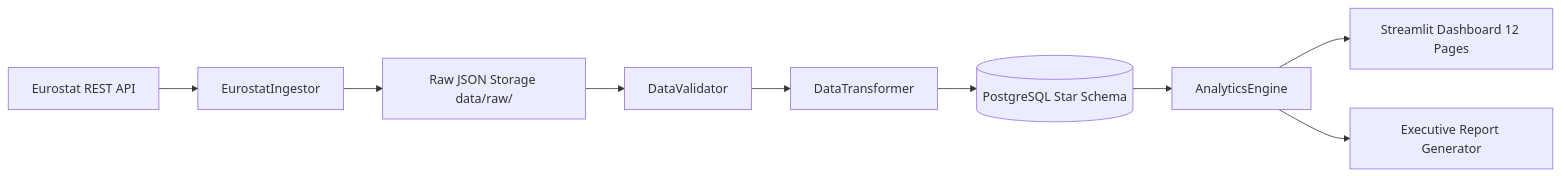
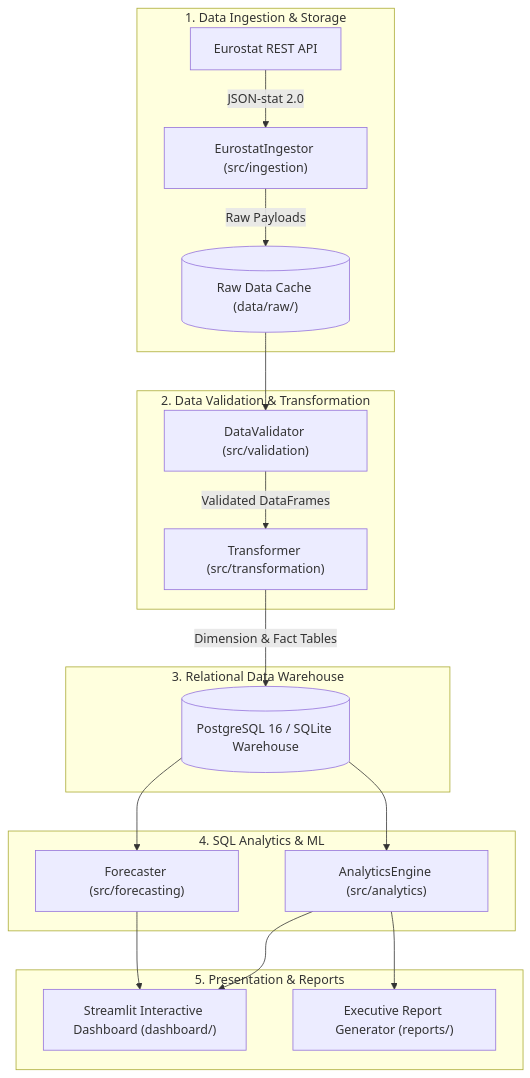
The first of 2 diagrams in README.md (tsakirisand/European-Energy-Analytics), drawn with Mermaid before and after one commit. The commit also changed other lines of this file, not shown here.

````diff
--- a/README.md
+++ b/README.md
@@ -49,11 +34,27 @@
 ```mermaid
-flowchart LR
-    A[Eurostat REST API] --> B[EurostatIngestor]
-    B --> C[Raw JSON Storage data/raw/]
-    C --> D[DataValidator]
-    D --> E[DataTransformer]
-    E --> F[(PostgreSQL Star Schema)]
-    F --> G[AnalyticsEngine]
-    G --> H[Streamlit Dashboard 12 Pages]
-    G --> I[Executive Report Generator]
+flowchart TD
+    subgraph Data_Ingestion ["1. Data Ingestion & Storage"]
+        A["Eurostat REST API"] -->|JSON-stat 2.0| B["EurostatIngestor (src/ingestion)"]
+        B -->|Raw Payloads| C[("Raw Data Cache (data/raw/)")]
+    end
+
+    subgraph Validation_ETL ["2. Data Validation & Transformation"]
+        C --> D["DataValidator (src/validation)"]
+        D -->|Validated DataFrames| E["Transformer (src/transformation)"]
+    end
+
+    subgraph Warehouse ["3. Relational Data Warehouse"]
+        E -->|Dimension & Fact Tables| F[("PostgreSQL 16 / SQLite Warehouse")]
+    end
+
+    subgraph Analytics_Layer ["4. SQL Analytics & ML"]
+        F --> G["AnalyticsEngine (src/analytics)"]
+        F --> H["Forecaster (src/forecasting)"]
+    end
+
+    subgraph Presentation ["5. Presentation & Reports"]
+        G --> I["Streamlit Interactive Dashboard (dashboard/)"]
+        H --> I
+        G --> J["Executive Report Generator (reports/)"]
+    end
 ```
````
